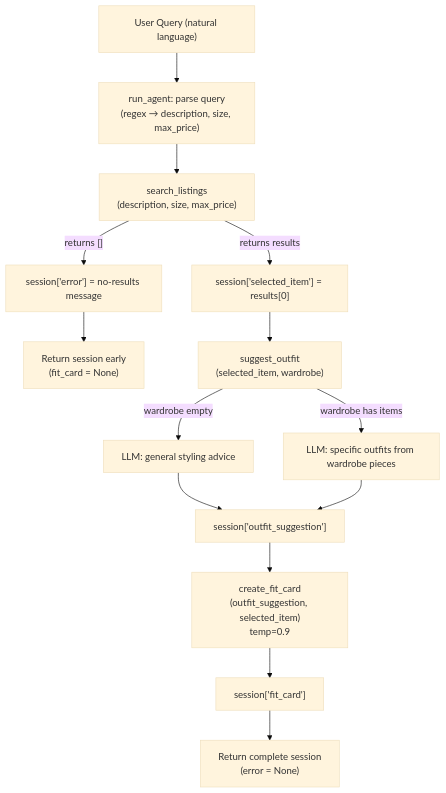
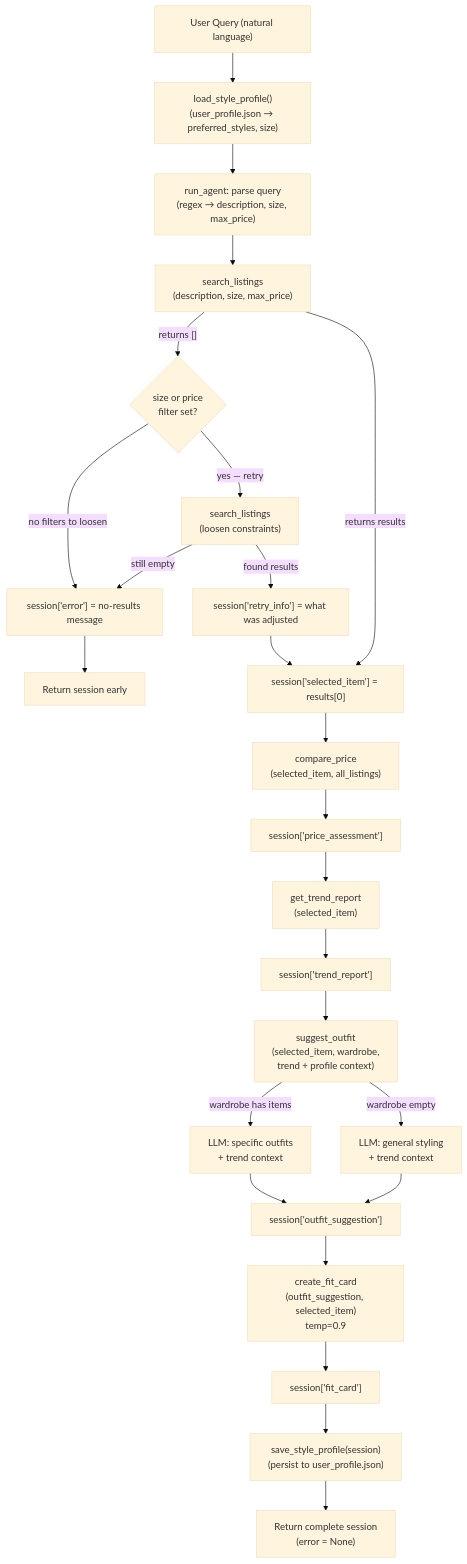
One commit to hkumar30/ai201-project2-fitfindr-starter changed the diagram in planning.md. Above: the diagram before and after it, drawn with Mermaid (base theme). The commit also changed other lines of this file and 7 other files, not shown here.

Commit message:
Implemented price comparison, style profile memory, trend awareness; added retry logic with fallback

````diff
--- a/planning.md
+++ b/planning.md
@@ -136,16 +205,27 @@
 ```mermaid
 flowchart TD
-    A["User Query (natural language)"] --> B["run_agent: parse query\n(regex → description, size, max_price)"]
+    A["User Query (natural language)"] --> A1["load_style_profile()\n(user_profile.json → preferred_styles, size)"]
+    A1 --> B["run_agent: parse query\n(regex → description, size, max_price)"]
     B --> C["search_listings\n(description, size, max_price)"]
-    C -->|"returns []"| D["session['error'] = no-results message"]
-    D --> Z["Return session early\n(fit_card = None)"]
+    C -->|"returns []"| C1{"size or price\nfilter set?"}
+    C1 -->|"yes — retry"| C2["search_listings\n(loosen constraints)"]
+    C2 -->|"still empty"| D["session['error'] = no-results message"]
+    C2 -->|"found results"| C3["session['retry_info'] = what was adjusted"]
+    C1 -->|"no filters to loosen"| D
+    D --> Z["Return session early"]
     C -->|"returns results"| E["session['selected_item'] = results[0]"]
-    E --> F["suggest_outfit\n(selected_item, wardrobe)"]
-    F -->|"wardrobe empty"| G["LLM: general styling advice"]
-    F -->|"wardrobe has items"| H["LLM: specific outfits from wardrobe pieces"]
-    G --> I["session['outfit_suggestion']"]
-    H --> I
-    I --> J["create_fit_card\n(outfit_suggestion, selected_item)\ntemp=0.9"]
-    J --> K["session['fit_card']"]
-    K --> L["Return complete session\n(error = None)"]
+    C3 --> E
+    E --> F["compare_price\n(selected_item, all_listings)"]
+    F --> G["session['price_assessment']"]
+    G --> H["get_trend_report\n(selected_item)"]
+    H --> I["session['trend_report']"]
+    I --> J["suggest_outfit\n(selected_item, wardrobe,\ntrend + profile context)"]
+    J -->|"wardrobe empty"| K["LLM: general styling\n+ trend context"]
+    J -->|"wardrobe has items"| L["LLM: specific outfits\n+ trend context"]
+    K --> M["session['outfit_suggestion']"]
+    L --> M
+    M --> N["create_fit_card\n(outfit_suggestion, selected_item)\ntemp=0.9"]
+    N --> O["session['fit_card']"]
+    O --> P["save_style_profile(session)\n(persist to user_profile.json)"]
+    P --> Q["Return complete session\n(error = None)"]
 ```
````
